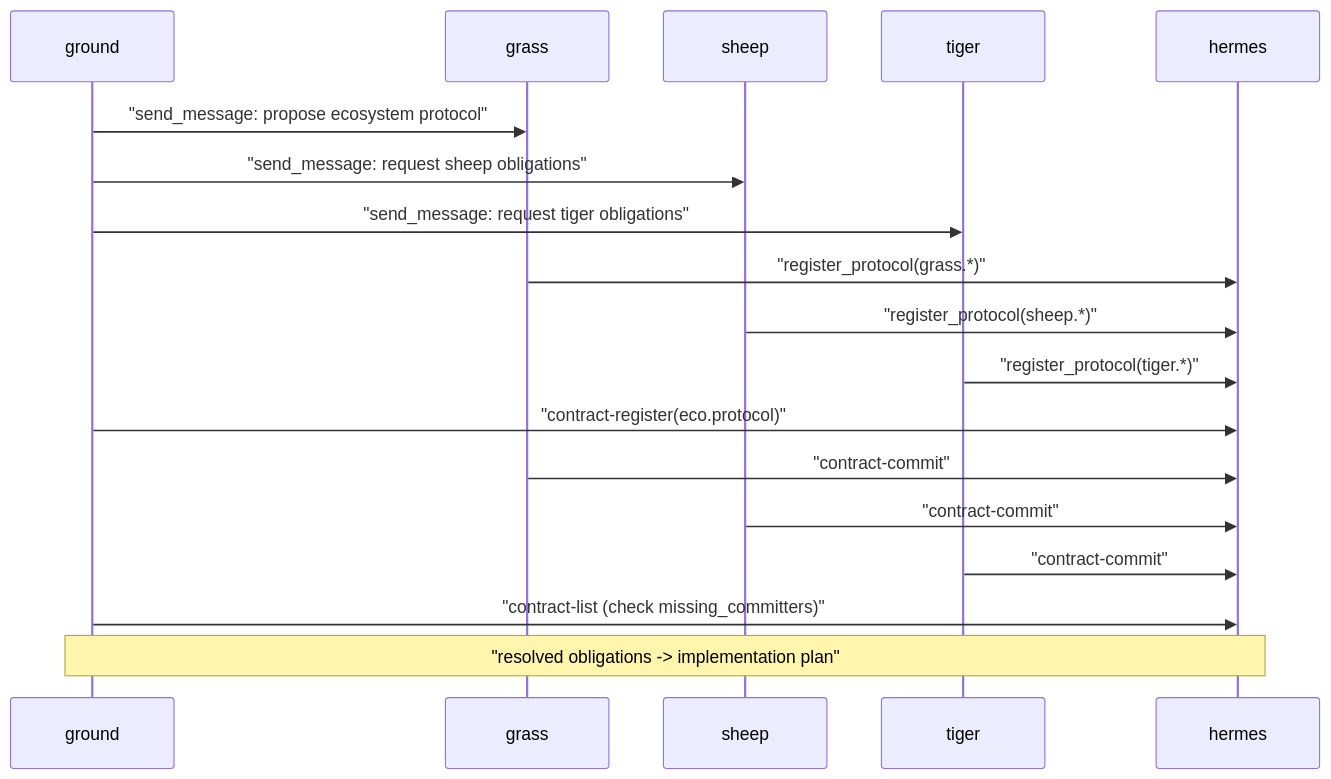
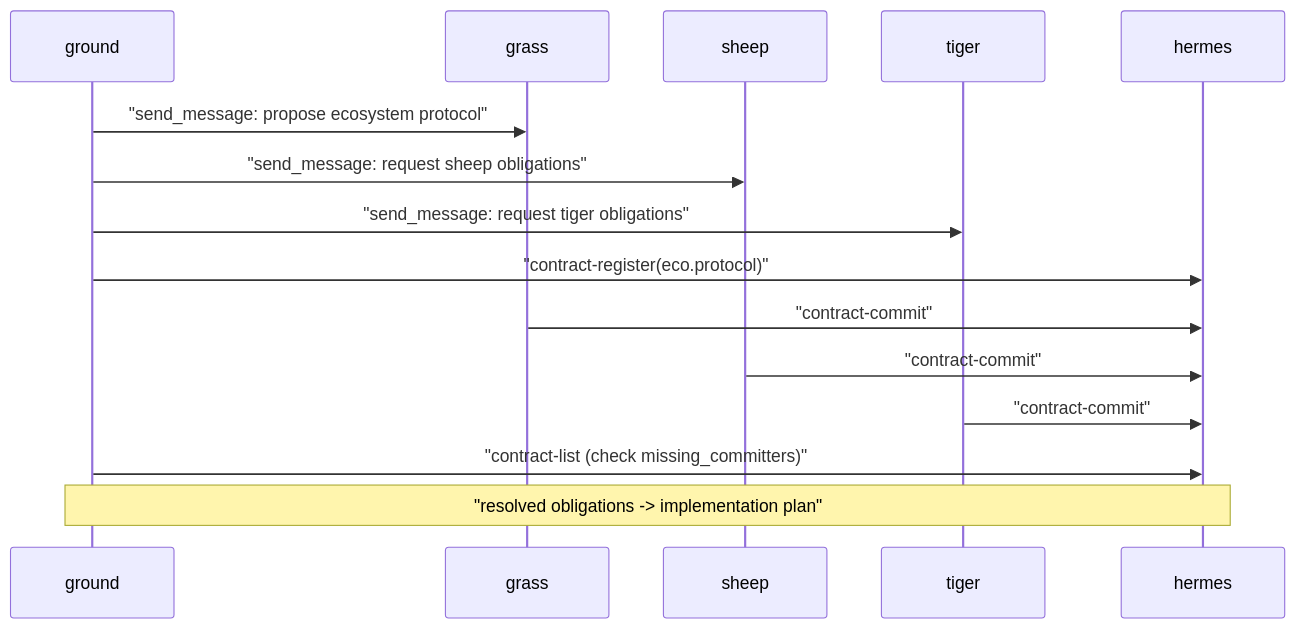
One commit to Lands54/Pantheon changed diagram 23 of 26 in docs/ARCHITECTURE_MERMAID.md. Above: the diagram before and after it, drawn with Mermaid. The commit also changed other lines of this file and 89 other files, not shown here.

Commit message:
refactor: remove compatibility tracks and align docs to single-track architecture

````diff
--- a/docs/ARCHITECTURE_MERMAID.md
+++ b/docs/ARCHITECTURE_MERMAID.md
@@ -340,24 +338,20 @@
 ```mermaid
 sequenceDiagram
     participant ground
     participant grass
     participant sheep
     participant tiger
     participant hermes
 
     ground->>grass: "send_message: propose ecosystem protocol"
     ground->>sheep: "send_message: request sheep obligations"
     ground->>tiger: "send_message: request tiger obligations"
 
-    grass->>hermes: "register_protocol(grass.*)"
-    sheep->>hermes: "register_protocol(sheep.*)"
-    tiger->>hermes: "register_protocol(tiger.*)"
-
     ground->>hermes: "contract-register(eco.protocol)"
     grass->>hermes: "contract-commit"
     sheep->>hermes: "contract-commit"
     tiger->>hermes: "contract-commit"
     ground->>hermes: "contract-list (check missing_committers)"
 
     Note over ground,hermes: "resolved obligations -> implementation plan"
 ```
````
